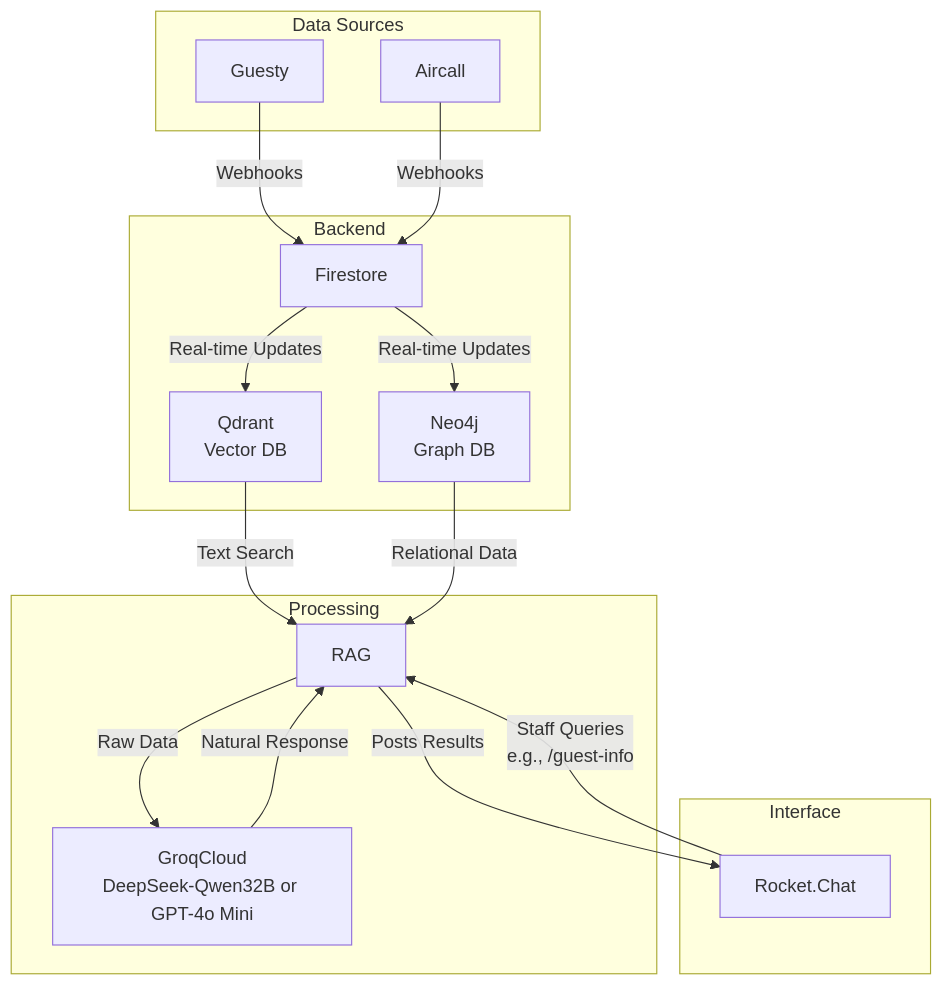
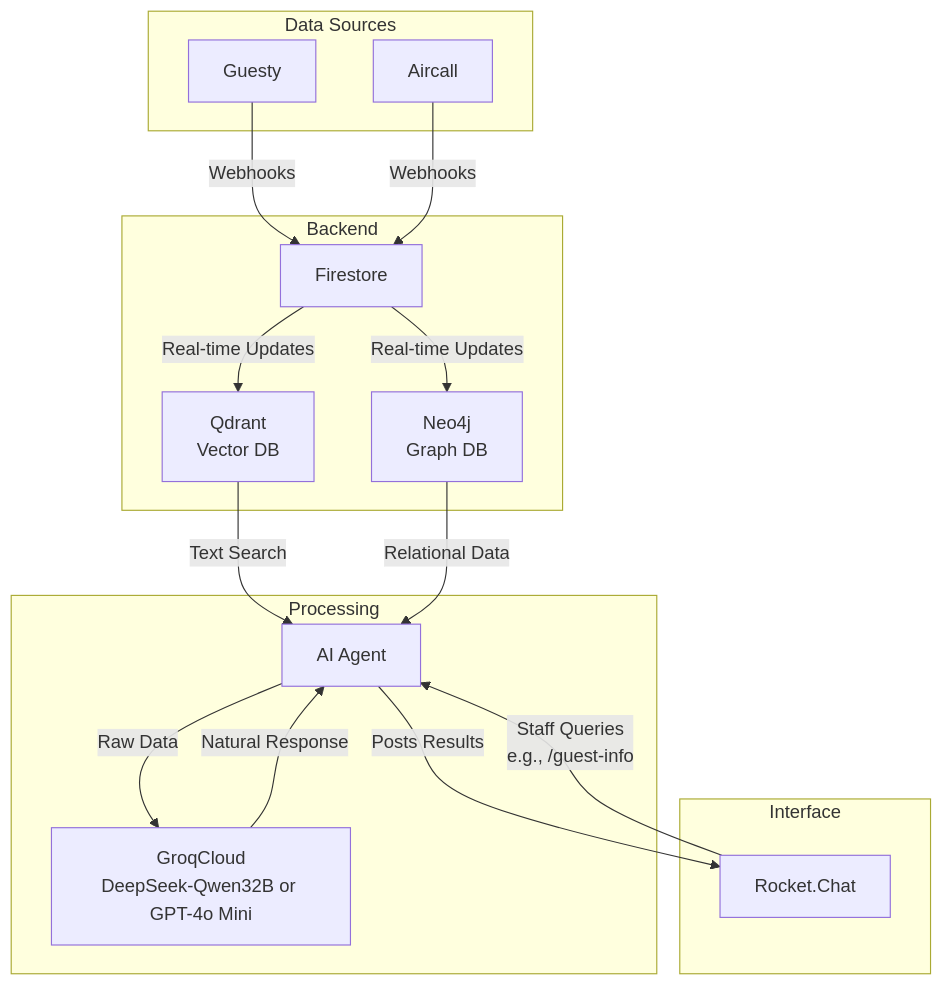
Before and after one commit to deepbrainspace/deepbrain-stack: the diagram in projects/bnb/architecture.md, drawn with Mermaid.

Commit message:
feat: new architecture

````diff
--- a/projects/bnb/architecture.md
+++ b/projects/bnb/architecture.md
@@ -43,29 +43,29 @@
 ```mermaid
 graph TD
     A[Guesty] -->|Webhooks| B[Firestore]
     C[Aircall] -->|Webhooks| B
     B -->|Real-time Updates| D[Qdrant<br>Vector DB]
     B -->|Real-time Updates| E[Neo4j<br>Graph DB]
-    D -->|Text Search| F[RAG]
+    D -->|Text Search| F[AI Agent]
     E -->|Relational Data| F
     F -->|Raw Data| G[GroqCloud<br>DeepSeek-Qwen32B or GPT-4o Mini]
     G -->|Natural Response| F
     F -->|Posts Results| H[Rocket.Chat]
     H -->|Staff Queries<br>e.g., /guest-info| F
     subgraph Data Sources
         A
         C
     end
     subgraph Backend
         B
         D
         E
     end
     subgraph Processing
         F
         G
     end
     subgraph Interface
         H
     end
 ```
````
